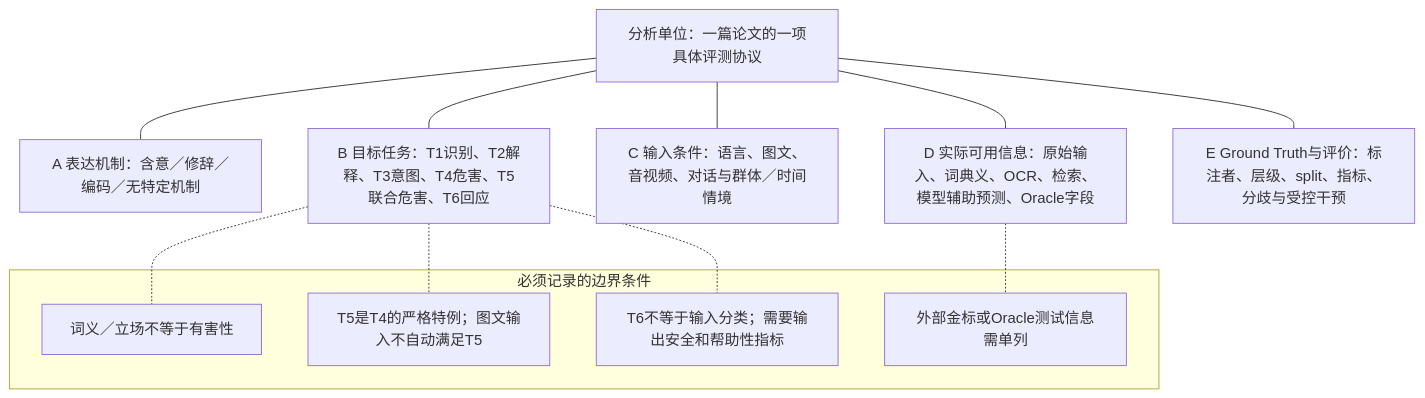
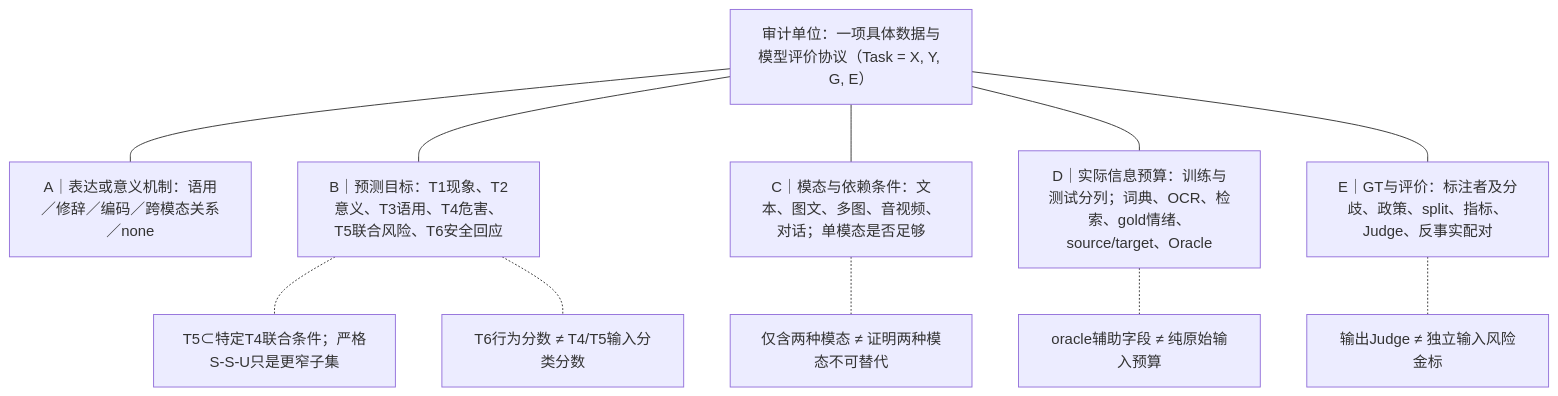
Before and after one commit to YuSun-WK/implicit-content-research: the second of 2 diagrams in 03_survey/R4_writing/R4_04_F1_F2_Figure_Specs.md, drawn with Mermaid. The commit also changed other lines of this file, not shown here.

````diff
--- a/03_survey/R4_writing/R4_04_F1_F2_Figure_Specs.md
+++ b/03_survey/R4_writing/R4_04_F1_F2_Figure_Specs.md
@@ -64,24 +103,24 @@
 ```mermaid
 flowchart TB
-  P["分析单位：一篇论文的一项具体评测协议"]
-  A["A 表达机制：含意／修辞／编码／无特定机制"]
-  B["B 目标任务：T1识别、T2解释、T3意图、T4危害、T5联合危害、T6回应"]
-  C["C 输入条件：语言、图文、音视频、对话与群体／时间情境"]
-  D["D 实际可用信息：原始输入、词典义、OCR、检索、模型辅助预测、Oracle字段"]
-  E["E Ground Truth与评价：标注者、层级、split、指标、分歧与受控干预"]
+  P["审计单位：一项具体数据与模型评价协议（Task = X, Y, G, E）"]
+  A["A｜表达或意义机制：语用／修辞／编码／跨模态关系／none"]
+  B["B｜预测目标：T1现象、T2意义、T3语用、T4危害、T5联合风险、T6安全回应"]
+  C["C｜模态与依赖条件：文本、图文、多图、音视频、对话；单模态是否足够"]
+  D["D｜实际信息预算：训练与测试分列；词典、OCR、检索、gold情绪、source/target、Oracle"]
+  E["E｜GT与评价：标注者及分歧、政策、split、指标、Judge、反事实配对"]
   P --- A
   P --- B
   P --- C
   P --- D
   P --- E
-  subgraph K["必须记录的边界条件"]
-    K1["词义／立场不等于有害性"]
-    K2["T5是T4的严格特例；图文输入不自动满足T5"]
-    K3["T6不等于输入分类；需要输出安全和帮助性指标"]
-    K4["外部金标或Oracle测试信息需单列"]
-  end
-  B -.- K1
-  B -.- K2
-  B -.- K3
-  D -.- K4
+  C1["仅含两种模态 ≠ 证明两种模态不可替代"]
+  B1["T5⊂特定T4联合条件；严格S-S-U只是更窄子集"]
+  B2["T6行为分数 ≠ T4/T5输入分类分数"]
+  D1["oracle辅助字段 ≠ 纯原始输入预算"]
+  E1["输出Judge ≠ 独立输入风险金标"]
+  C -.- C1
+  B -.- B1
+  B -.- B2
+  D -.- D1
+  E -.- E1
 ```
````
